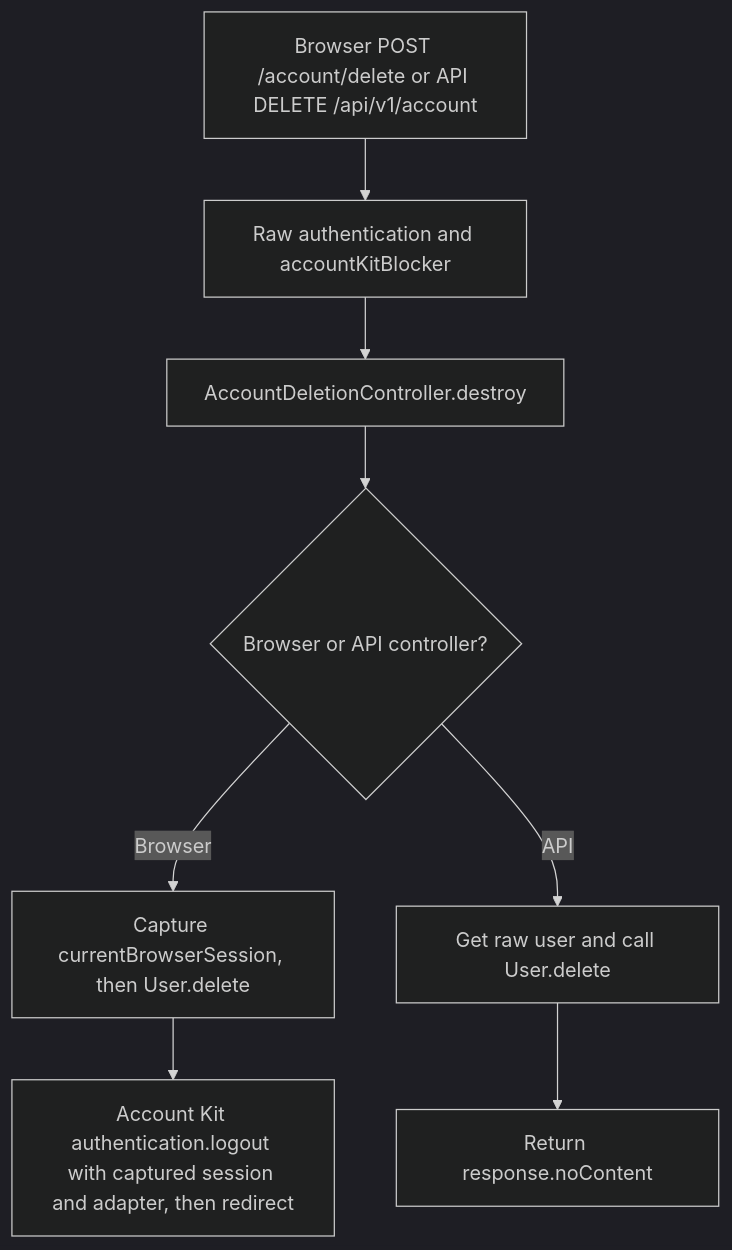
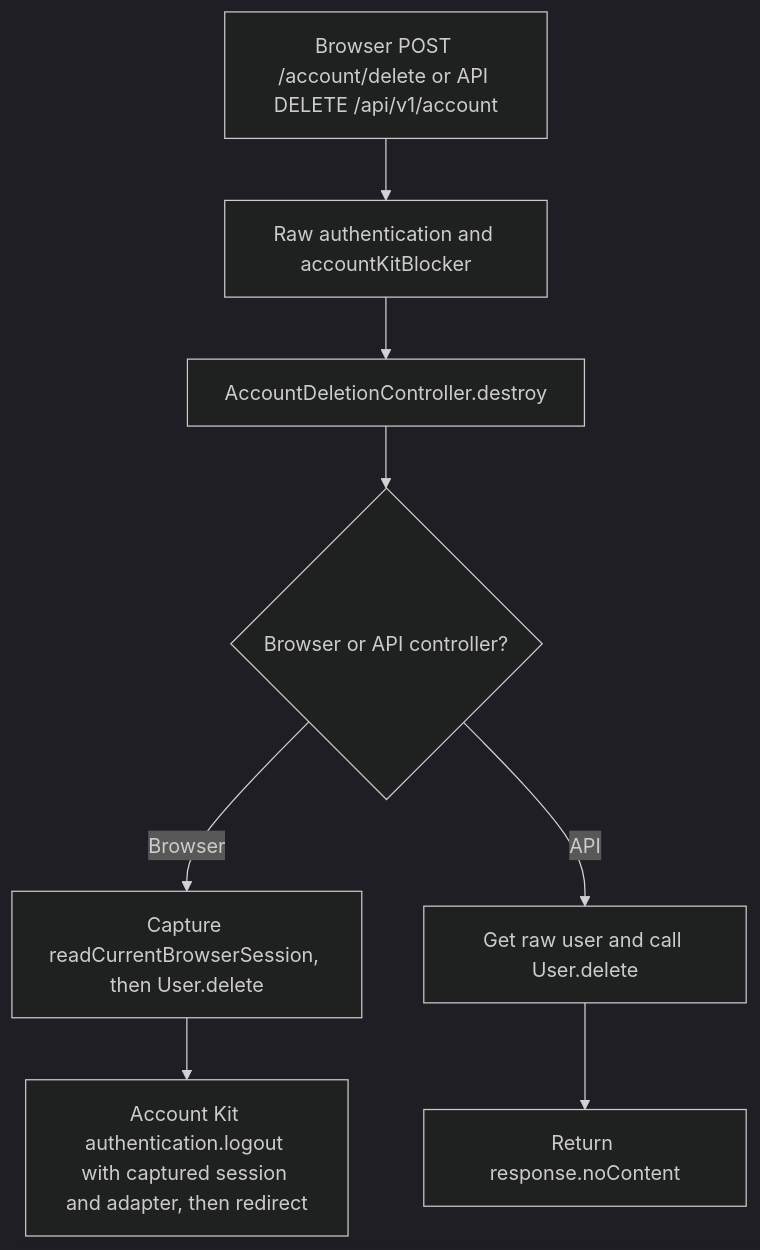
One commit to Kevinjohn/oss-adonisjs-starter-examples changed the second of 2 diagrams in user-stories/soft-delete/us-delete-01-delete-own-account.md. Above: the diagram before and after it, drawn with Mermaid (dark theme). The commit also changed 27 other files, not shown here.

````diff
--- a/user-stories/soft-delete/us-delete-01-delete-own-account.md
+++ b/user-stories/soft-delete/us-delete-01-delete-own-account.md
@@ -38,10 +38,10 @@
 ```mermaid
 flowchart TD
     A["Browser POST /account/delete or API DELETE /api/v1/account"] --> B["Raw authentication and accountKitBlocker"]
     B --> C["AccountDeletionController.destroy"]
     C --> F{"Browser or API controller?"}
-    F -->|Browser| D["Capture currentBrowserSession, then User.delete"]
+    F -->|Browser| D["Capture readCurrentBrowserSession, then User.delete"]
     D --> G["Account Kit authentication.logout with captured session and adapter, then redirect"]
     F -->|API| E["Get raw user and call User.delete"]
     E --> H["Return response.noContent"]
 ```
````
